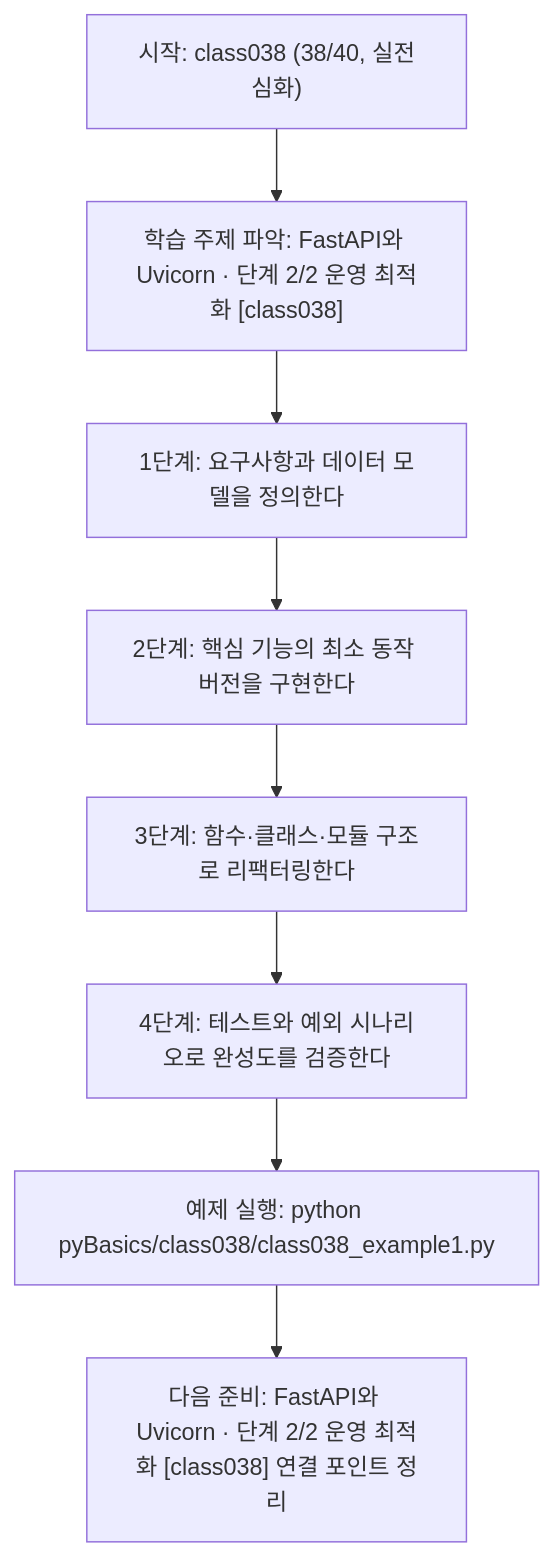
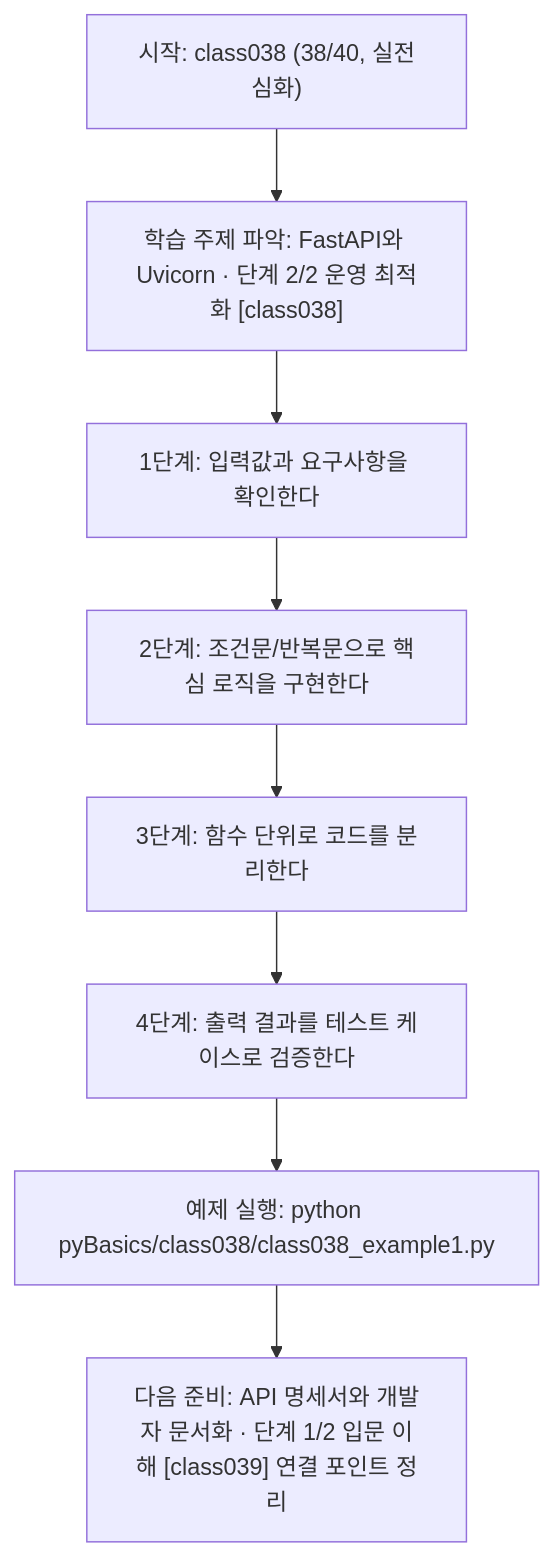
The diagram in pyBasics/class038/class038.md (edumgt/Python-AI_Agent-Class), drawn with Mermaid before and after one commit. The commit also changed other lines of this file and 2370 other files, not shown here.

````diff
--- a/pyBasics/class038/class038.md
+++ b/pyBasics/class038/class038.md
@@ -108,18 +91,18 @@
 ```mermaid
 flowchart TD
 N1["시작: class038 (38/40, 실전심화)"]
 N2["학습 주제 파악: FastAPI와 Uvicorn · 단계 2/2 운영 최적화 [class038]"]
-N3["1단계: 요구사항과 데이터 모델을 정의한다"]
-N4["2단계: 핵심 기능의 최소 동작 버전을 구현한다"]
-N5["3단계: 함수·클래스·모듈 구조로 리팩터링한다"]
-N6["4단계: 테스트와 예외 시나리오로 완성도를 검증한다"]
+N3["1단계: 입력값과 요구사항을 확인한다"]
+N4["2단계: 조건문/반복문으로 핵심 로직을 구현한다"]
+N5["3단계: 함수 단위로 코드를 분리한다"]
+N6["4단계: 출력 결과를 테스트 케이스로 검증한다"]
 N7["예제 실행: python pyBasics/class038/class038_example1.py"]
-N8["다음 준비: FastAPI와 Uvicorn · 단계 2/2 운영 최적화 [class038] 연결 포인트 정리"]
+N8["다음 준비: API 명세서와 개발자 문서화 · 단계 1/2 입문 이해 [class039] 연결 포인트 정리"]
 N1 --> N2
 N2 --> N3
 N3 --> N4
 N4 --> N5
 N5 --> N6
 N6 --> N7
 N7 --> N8
 ```
````
